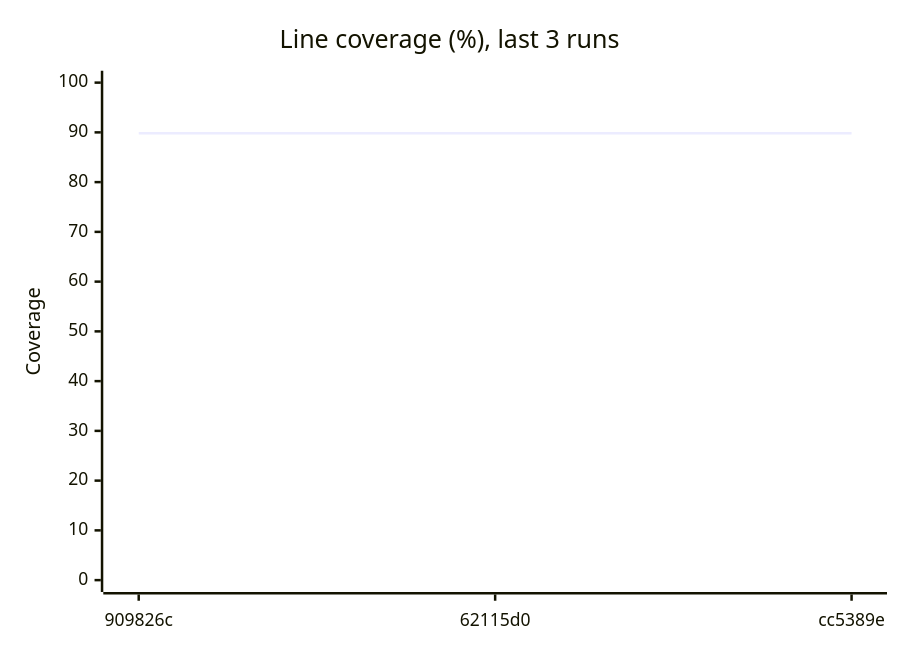
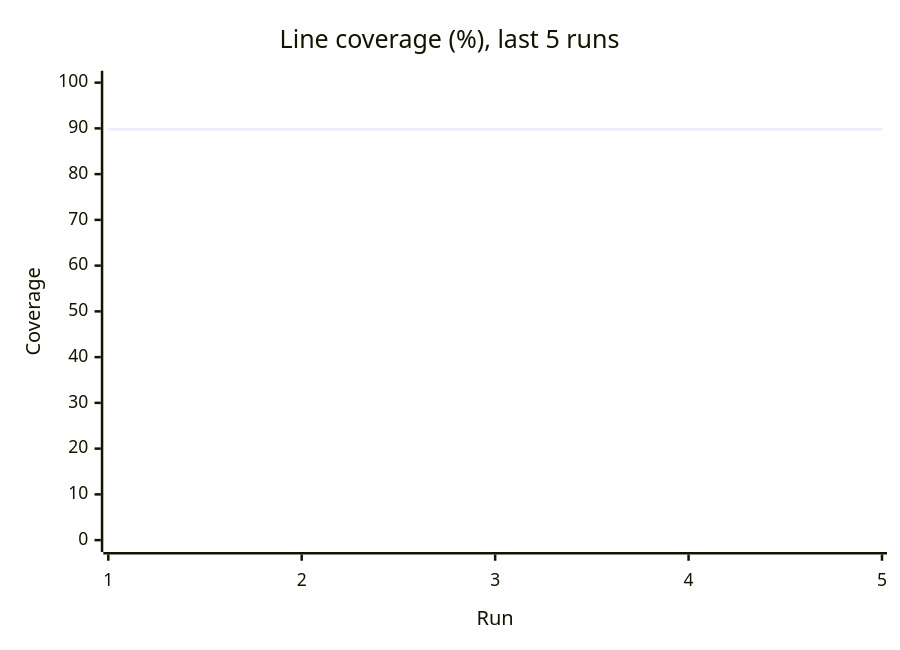
Before and after one commit to Shirojoufu/DORA-Metrics: the third of 3 diagrams in reports/summary.md, drawn with Mermaid. The commit also changed other lines of this file and 5 other files, not shown here.

````diff
--- a/reports/summary.md
+++ b/reports/summary.md
@@ -33,7 +33,7 @@
 ```mermaid
 xychart-beta
-    title "Line coverage (%), last 3 runs"
-    x-axis ["909826c", "62115d0", "cc5389e"]
+    title "Line coverage (%), last 5 runs"
+    x-axis "Run" [1, 2, 3, 4, 5]
     y-axis "Coverage" 0 --> 100
-    line [89.82, 89.82, 89.82]
+    line [89.82, 89.82, 89.82, 89.82, 89.82]
 ```
````
